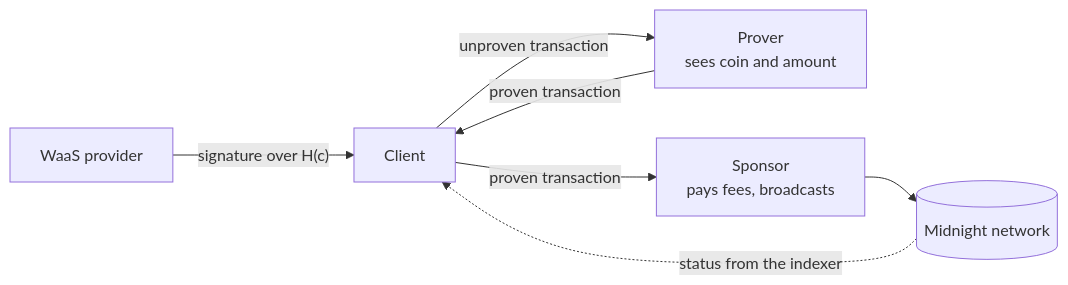
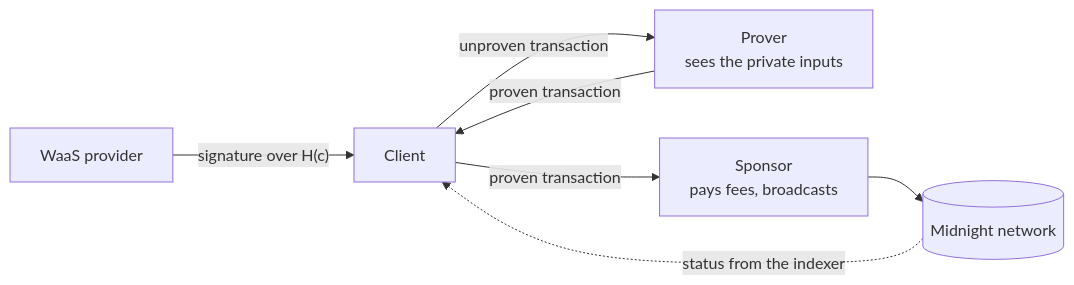
Before and after one commit to midnightntwrk/midnight-passport-sdk: the first of 2 diagrams in docs/provider-integration.md, drawn with Mermaid. The commit also changed other lines of this file and 2 other files, not shown here.

First line of the commit message:
docs: protect the WaaS backup metadata and widen the prover disclosure

````diff
--- a/docs/provider-integration.md
+++ b/docs/provider-integration.md
@@ -36,9 +37,9 @@
 ```mermaid
 flowchart LR
   W["WaaS provider"] -->|"signature over H(c)"| C["Client"]
-  C -->|"unproven transaction"| P["Prover<br/>sees coin and amount"]
+  C -->|"unproven transaction"| P["Prover<br/>sees the private inputs"]
   P -->|"proven transaction"| C
   C -->|"proven transaction"| S["Sponsor<br/>pays fees, broadcasts"]
   S --> N[("Midnight network")]
   N -.->|"status from the indexer"| C
 ```
````
